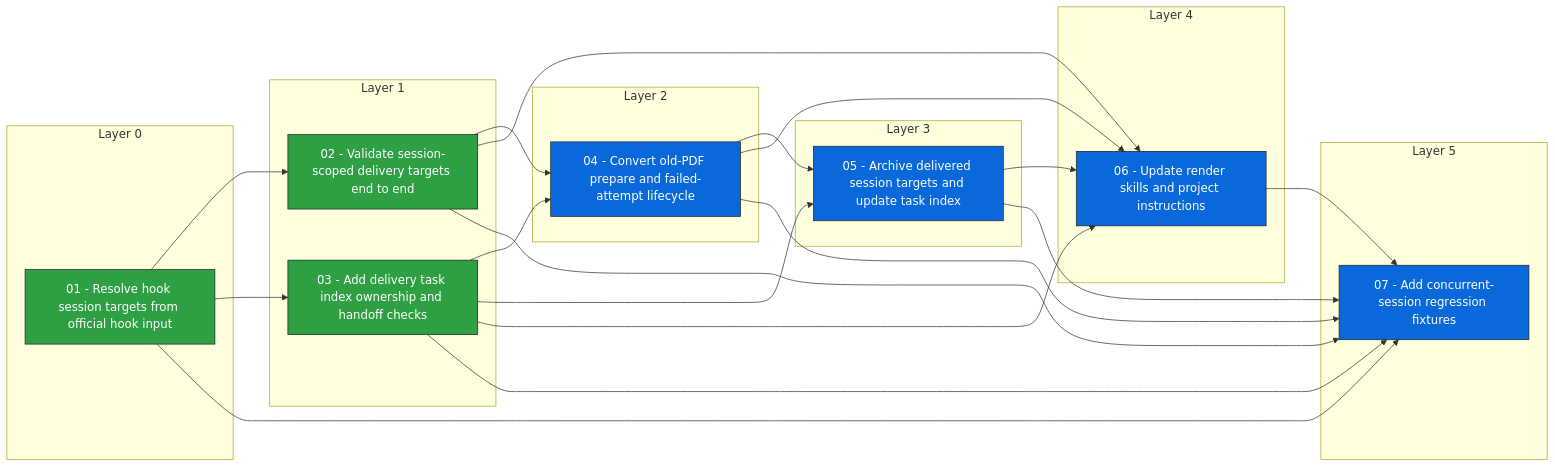
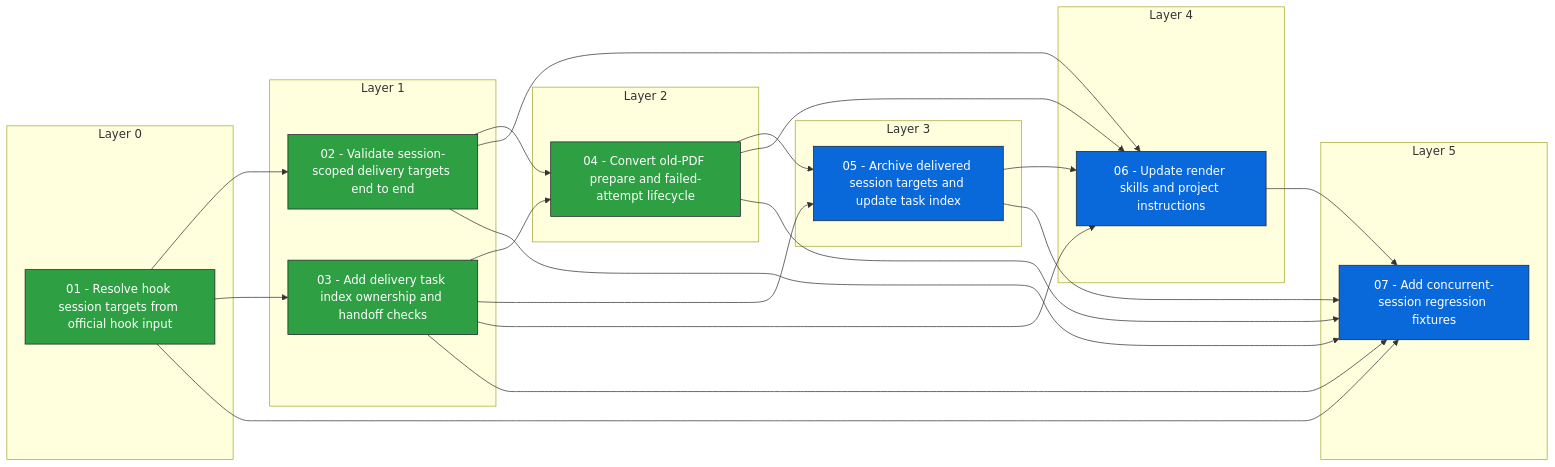
Before and after one commit to Nishijujuba/video2pdf: the diagram in docs/issues/_views/session-scoped-final-delivery-guard-dependencies.md, drawn with Mermaid. The commit also changed other lines of this file and 10 other files, not shown here.

Commit message:
Convert old PDF repair to session lifecycle

````diff
--- a/docs/issues/_views/session-scoped-final-delivery-guard-dependencies.md
+++ b/docs/issues/_views/session-scoped-final-delivery-guard-dependencies.md
@@ -26,54 +25,54 @@
 ```mermaid
 flowchart LR
   subgraph layer_0["Layer 0"]
     n_01_resolve_hook_session_targets_from_official_hook_input["01 - Resolve hook session targets from official hook input"]
   end
   subgraph layer_1["Layer 1"]
     n_02_validate_session_scoped_delivery_targets_end_to_end["02 - Validate session-scoped delivery targets end to end"]
     n_03_add_delivery_task_index_ownership_and_handoff_checks["03 - Add delivery task index ownership and handoff checks"]
   end
   subgraph layer_2["Layer 2"]
     n_04_convert_old_pdf_prepare_and_failed_attempt_lifecycle["04 - Convert old-PDF prepare and failed-attempt lifecycle"]
   end
   subgraph layer_3["Layer 3"]
     n_05_archive_delivered_session_targets_and_update_task_index["05 - Archive delivered session targets and update task index"]
   end
   subgraph layer_4["Layer 4"]
     n_06_update_render_skills_and_project_instructions["06 - Update render skills and project instructions"]
   end
   subgraph layer_5["Layer 5"]
     n_07_add_concurrent_session_regression_fixtures["07 - Add concurrent-session regression fixtures"]
   end
   n_01_resolve_hook_session_targets_from_official_hook_input --> n_02_validate_session_scoped_delivery_targets_end_to_end
   n_01_resolve_hook_session_targets_from_official_hook_input --> n_03_add_delivery_task_index_ownership_and_handoff_checks
   n_02_validate_session_scoped_delivery_targets_end_to_end --> n_04_convert_old_pdf_prepare_and_failed_attempt_lifecycle
   n_03_add_delivery_task_index_ownership_and_handoff_checks --> n_04_convert_old_pdf_prepare_and_failed_attempt_lifecycle
   n_03_add_delivery_task_index_ownership_and_handoff_checks --> n_05_archive_delivered_session_targets_and_update_task_index
   n_04_convert_old_pdf_prepare_and_failed_attempt_lifecycle --> n_05_archive_delivered_session_targets_and_update_task_index
   n_02_validate_session_scoped_delivery_targets_end_to_end --> n_06_update_render_skills_and_project_instructions
   n_03_add_delivery_task_index_ownership_and_handoff_checks --> n_06_update_render_skills_and_project_instructions
   n_04_convert_old_pdf_prepare_and_failed_attempt_lifecycle --> n_06_update_render_skills_and_project_instructions
   n_05_archive_delivered_session_targets_and_update_task_index --> n_06_update_render_skills_and_project_instructions
   n_01_resolve_hook_session_targets_from_official_hook_input --> n_07_add_concurrent_session_regression_fixtures
   n_02_validate_session_scoped_delivery_targets_end_to_end --> n_07_add_concurrent_session_regression_fixtures
   n_03_add_delivery_task_index_ownership_and_handoff_checks --> n_07_add_concurrent_session_regression_fixtures
   n_04_convert_old_pdf_prepare_and_failed_attempt_lifecycle --> n_07_add_concurrent_session_regression_fixtures
   n_05_archive_delivered_session_targets_and_update_task_index --> n_07_add_concurrent_session_regression_fixtures
   n_06_update_render_skills_and_project_instructions --> n_07_add_concurrent_session_regression_fixtures
   class n_01_resolve_hook_session_targets_from_official_hook_input done
   class n_02_validate_session_scoped_delivery_targets_end_to_end done
   class n_03_add_delivery_task_index_ownership_and_handoff_checks done
-  class n_04_convert_old_pdf_prepare_and_failed_attempt_lifecycle ready_for_agent
+  class n_04_convert_old_pdf_prepare_and_failed_attempt_lifecycle done
   class n_05_archive_delivered_session_targets_and_update_task_index ready_for_agent
   class n_06_update_render_skills_and_project_instructions ready_for_agent
   class n_07_add_concurrent_session_regression_fixtures ready_for_agent
   classDef done fill:#2ea043,stroke:#1f2328,color:#ffffff
   classDef ready_for_agent fill:#0969da,stroke:#1f2328,color:#ffffff
   classDef ready_for_human fill:#8250df,stroke:#1f2328,color:#ffffff
   classDef in_progress fill:#d4a72c,stroke:#1f2328,color:#ffffff
   classDef blocked fill:#cf222e,stroke:#1f2328,color:#ffffff
   classDef in_review fill:#bc4c00,stroke:#1f2328,color:#ffffff
   classDef needs_info fill:#8c959f,stroke:#1f2328,color:#ffffff
   classDef needs_triage fill:#d0d7de,stroke:#1f2328,color:#ffffff
   classDef wontfix fill:#57606a,stroke:#1f2328,color:#ffffff
 ```
````
